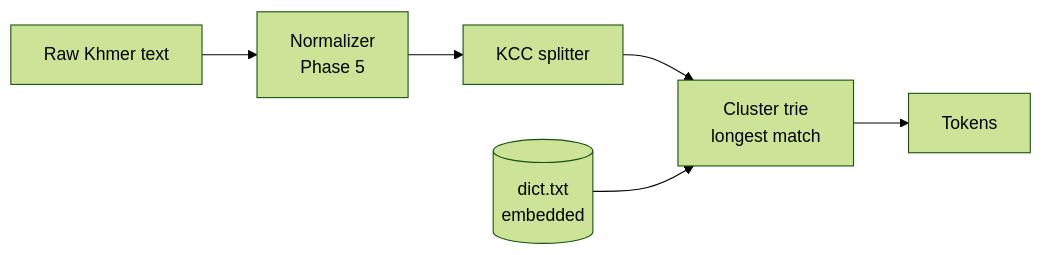
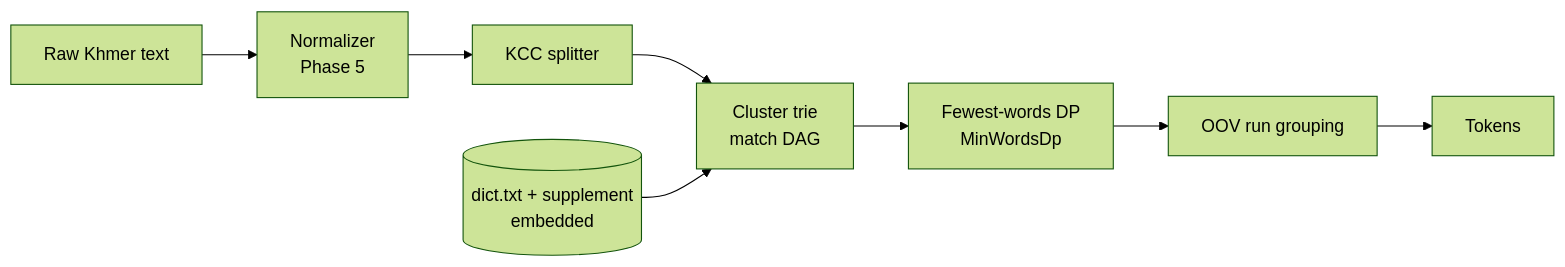
Before and after one commit to Alujack/khmer-tokenizer: the first of 5 diagrams in docs/ARCHITECTURE.md, drawn with Mermaid (forest theme). The commit also changed other lines of this file and 35 other files, not shown here.

````diff
--- a/docs/ARCHITECTURE.md
+++ b/docs/ARCHITECTURE.md
@@ -44,8 +47,10 @@
 ```mermaid
 flowchart LR
     A[Raw Khmer text] --> N[Normalizer<br/>Phase 5]
     N --> B[KCC splitter]
-    B --> C[Cluster trie<br/>longest match]
-    C --> D[Tokens]
-    E[(dict.txt<br/>embedded)] --> C
+    B --> C[Cluster trie<br/>match DAG]
+    C --> DP[Fewest-words DP<br/>MinWordsDp]
+    DP --> O[OOV run grouping]
+    O --> D[Tokens]
+    E[(dict.txt + supplement<br/>embedded)] --> C
 ```
````
